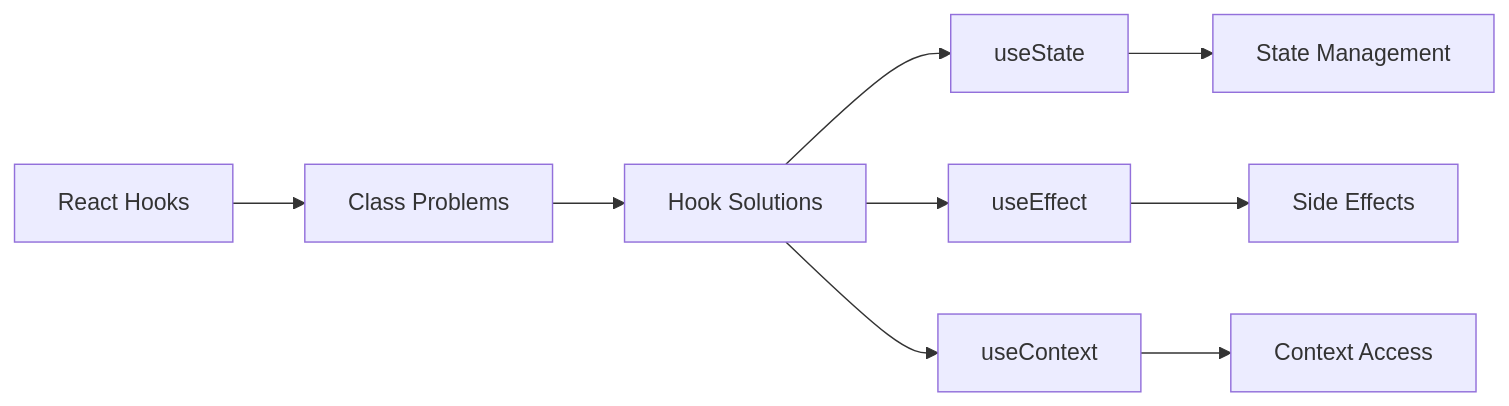
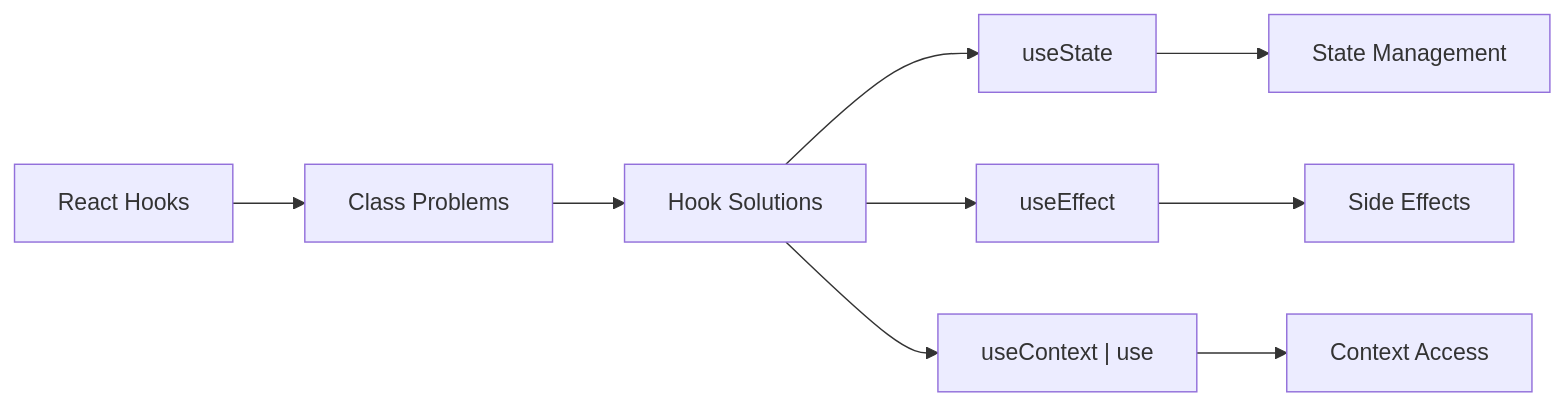
One commit to Oluwasetemi/react-note changed the fourth of 9 diagrams in pages/hooks.md. Above: the diagram before and after it, drawn with Mermaid. The commit also changed other lines of this file and 1 other file, not shown here.

First line of the commit message:
docs: enhance hooks documentation

````diff
--- a/pages/hooks.md
+++ b/pages/hooks.md
@@ -282,13 +301,13 @@
 ```mermaid
 graph LR
-    A[React Hooks] --> B[Class Problems]
-    B --> C[Hook Solutions]
+  A[React Hooks] --> B[Class Problems]
+  B --> C[Hook Solutions]
 
-    C --> D[useState]
-    C --> E[useEffect]
-    C --> F[useContext]
+  C --> D[useState]
+  C --> E[useEffect]
+  C --> F["useContext | use"]
 
-    D --> G[State Management]
-    E --> H[Side Effects]
-    F --> I[Context Access]
+  D --> G[State Management]
+  E --> H[Side Effects]
+  F --> I[Context Access]
 ```
````
